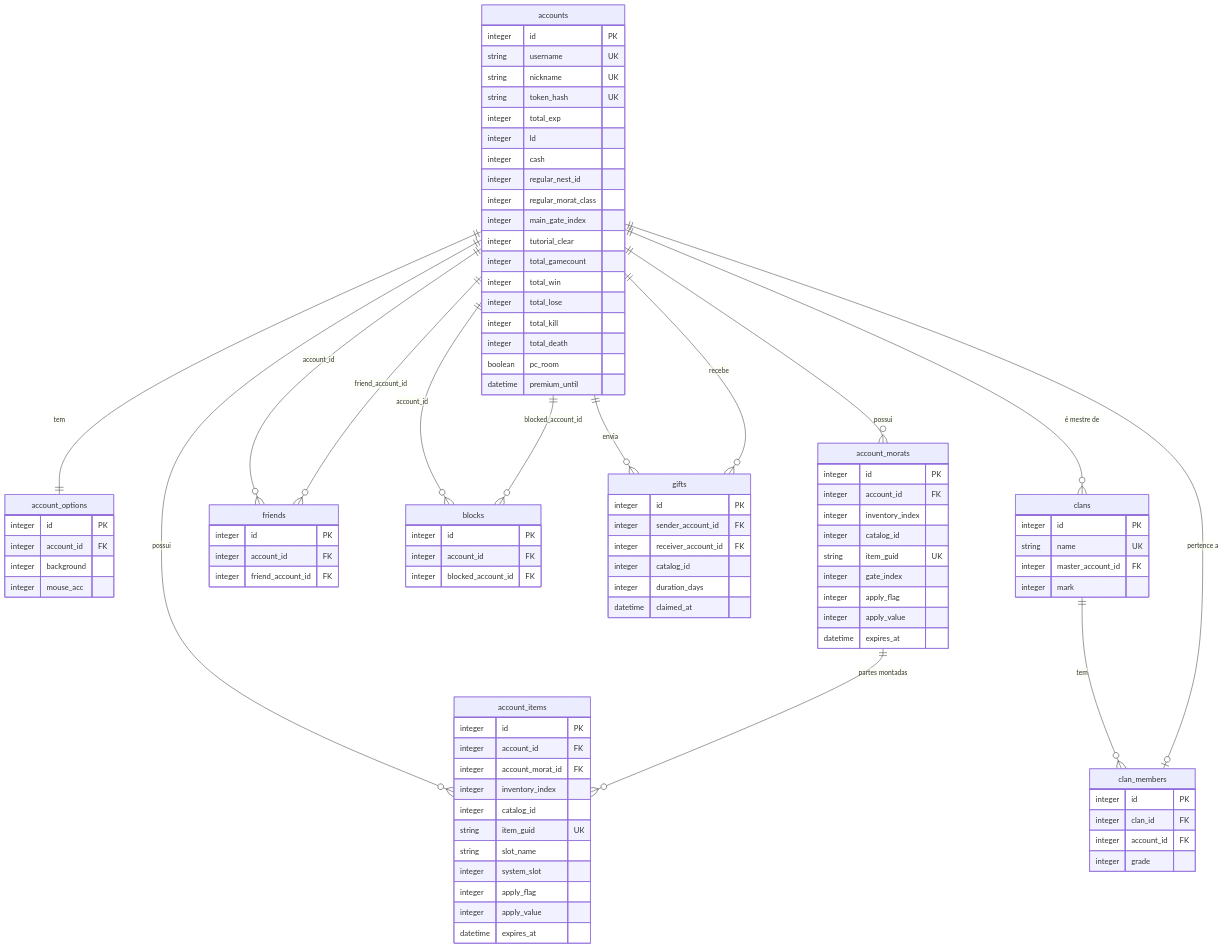
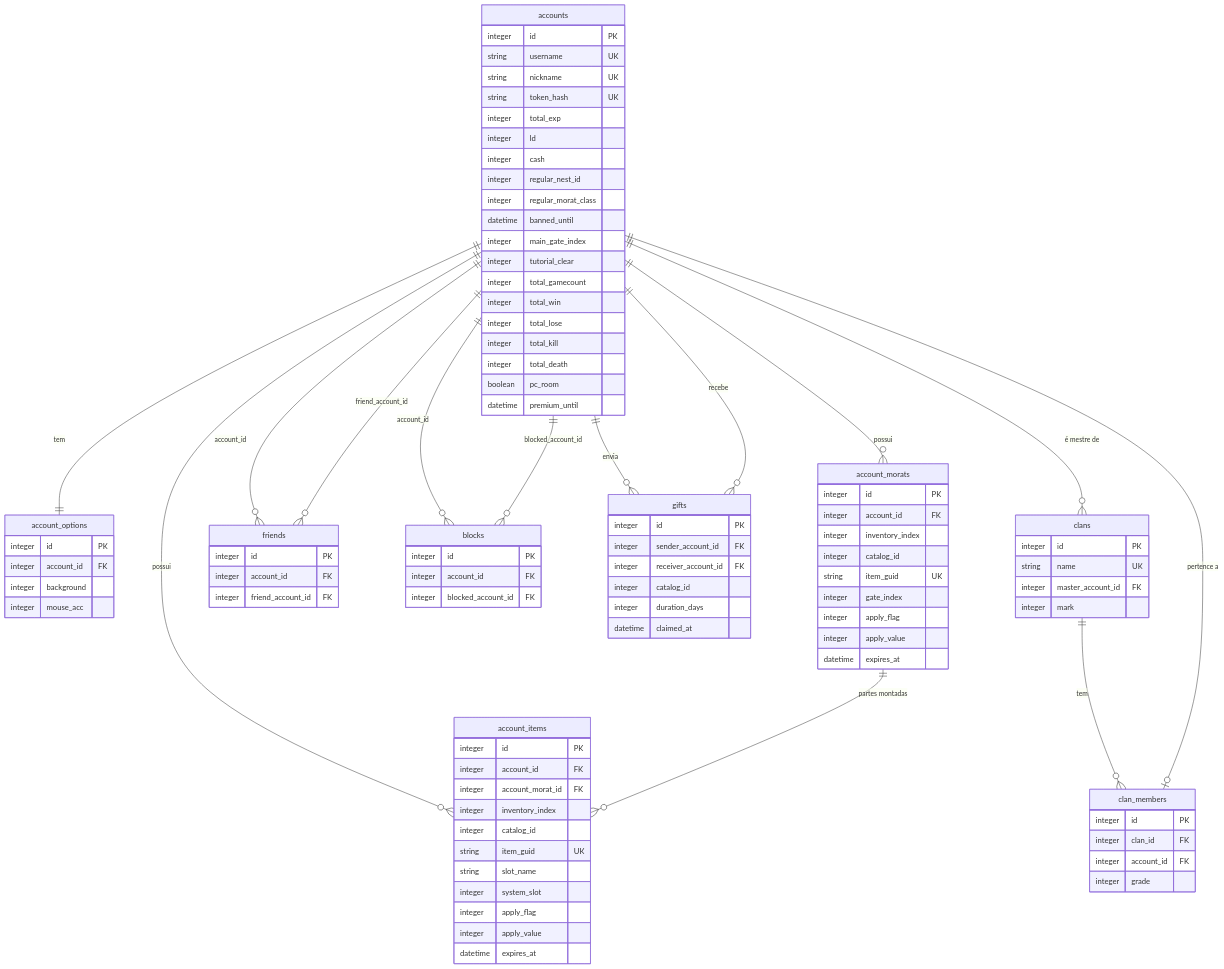
One commit to erycson/landmass-emulator changed the diagram in docs/architecture/07-progression.md. Above: the diagram before and after it, drawn with Mermaid. The commit also changed other lines of this file and 6 other files, not shown here.

```diff
--- a/docs/architecture/07-progression.md
+++ b/docs/architecture/07-progression.md
@@ -82,6 +82,7 @@
     integer cash
     integer regular_nest_id
     integer regular_morat_class
+    datetime banned_until
     integer main_gate_index
     integer tutorial_clear
     integer total_gamecount
```
